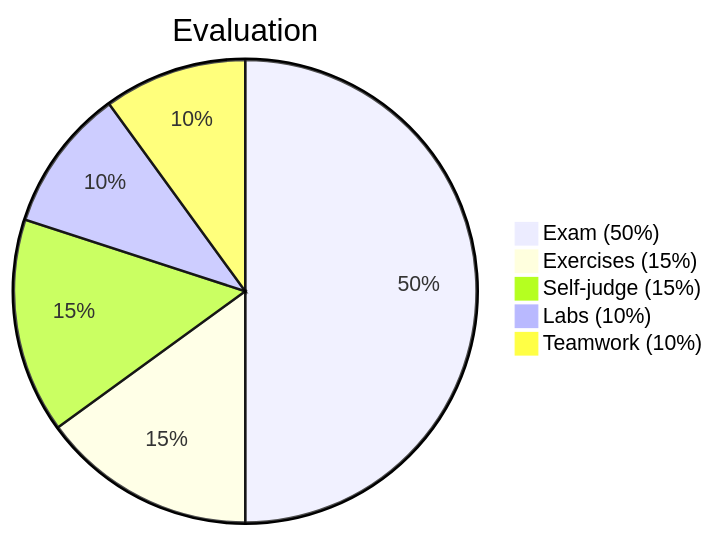
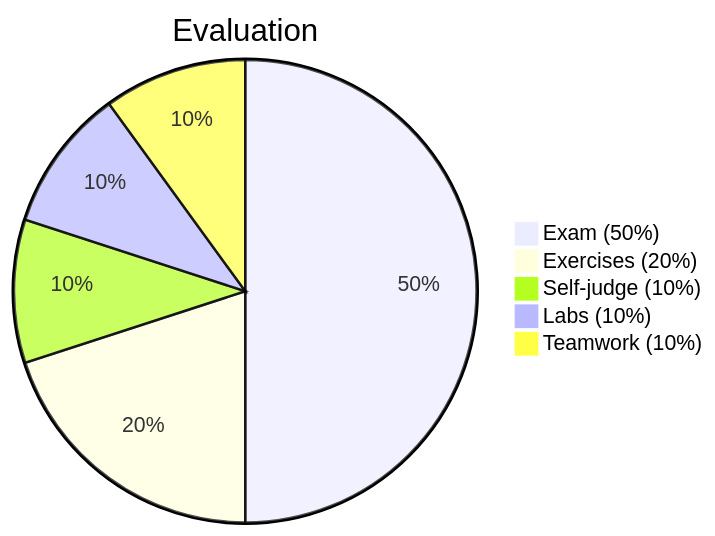
Before and after one commit to ChenZhongPu/data-structure-swufe: the third of 3 diagrams in slides-web/week0.md, drawn with Mermaid. The commit also changed 2 other files, not shown here.

Commit message:
add %timeit in ipython

````diff
--- a/slides-web/week0.md
+++ b/slides-web/week0.md
@@ -297,8 +297,8 @@
 ```mermaid {scale: 0.7}
 pie title Evaluation
     "Exam (50%)" : 50
-    "Exercises (15%)": 15
-    "Self-judge (15%)": 15
+    "Exercises (20%)": 20
+    "Self-judge (10%)": 10
     "Labs (10%)": 10
     "Teamwork (10%)": 10
 ```
````
